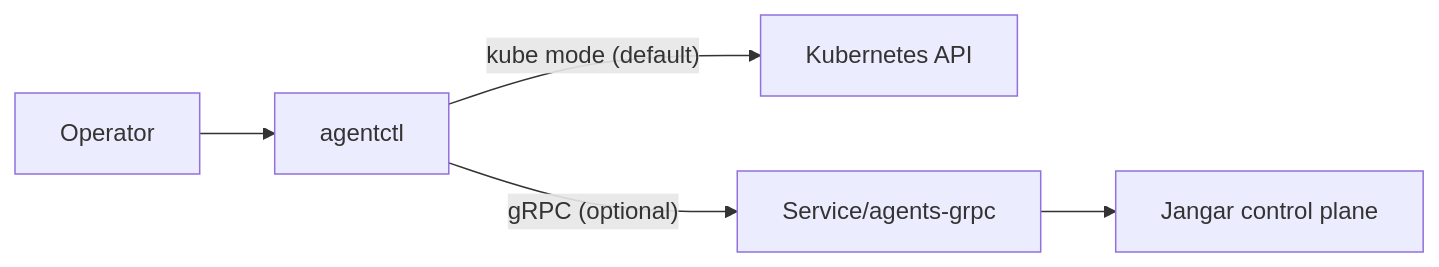
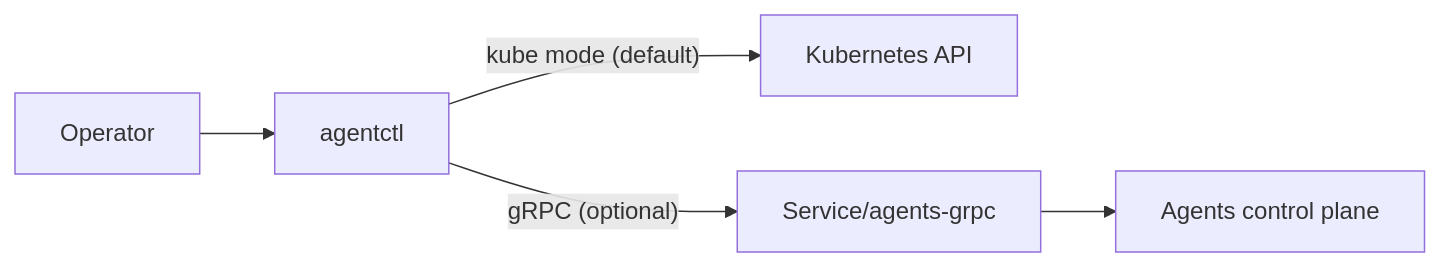
Before and after one commit to proompteng/lab: the diagram in docs/agents/agentctl-cli-design.md, drawn with Mermaid. The commit also changed other lines of this file and 68 other files, not shown here.

````diff
--- a/docs/agents/agentctl-cli-design.md
+++ b/docs/agents/agentctl-cli-design.md
@@ -259,7 +259,7 @@
 ```mermaid
 flowchart LR
   User["Operator"] --> CLI["agentctl"]
   CLI -->|"kube mode (default)"| Kube["Kubernetes API"]
   CLI -->|"gRPC (optional)"| GRPC["Service/agents-grpc"]
-  GRPC --> CP["Jangar control plane"]
+  GRPC --> CP["Agents control plane"]
 ```
````
